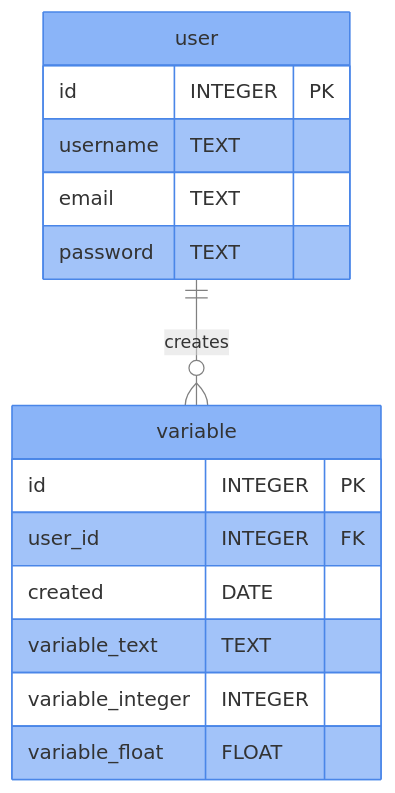
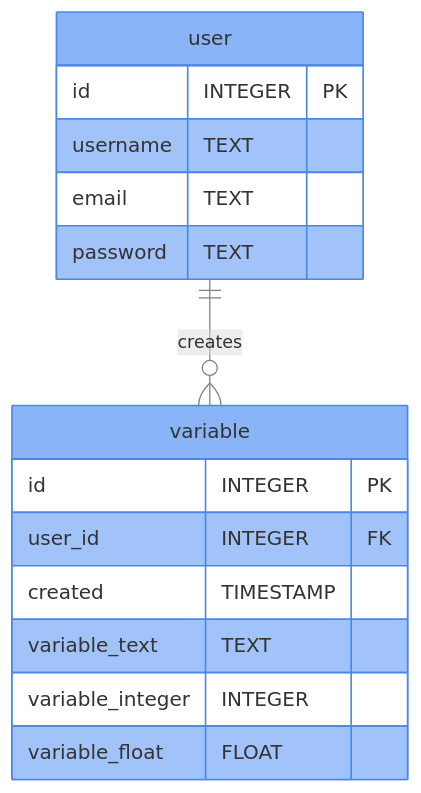
One commit to mathbike/mathbike.github.io changed the diagram in _posts/2022-11-15-flask.md. Above: the diagram before and after it, drawn with Mermaid. The commit also changed other lines of this file, not shown here.

````diff
--- a/_posts/2022-11-15-flask.md
+++ b/_posts/2022-11-15-flask.md
@@ -80,25 +80,25 @@
 ```mermaid
 %%{init: {'theme': 'base', 'themeVariables': { 
     'textColor': 'black', 
     'primaryColor': '#8ab4f8',
     'primaryBorderColor':'#4a86e8', 
     'tertiaryColor': 'gainsboro',
     'lineColor': 'grey'
     }}}%%
 erDiagram
     user ||--o{ variable : creates
     user {
         id INTEGER PK
         username TEXT
         email TEXT
         password TEXT
     }
     variable {
         id INTEGER PK
         user_id INTEGER FK
-        created DATE
+        created TIMESTAMP
         variable_text TEXT
         variable_integer INTEGER
         variable_float FLOAT
     }
 ```
````
